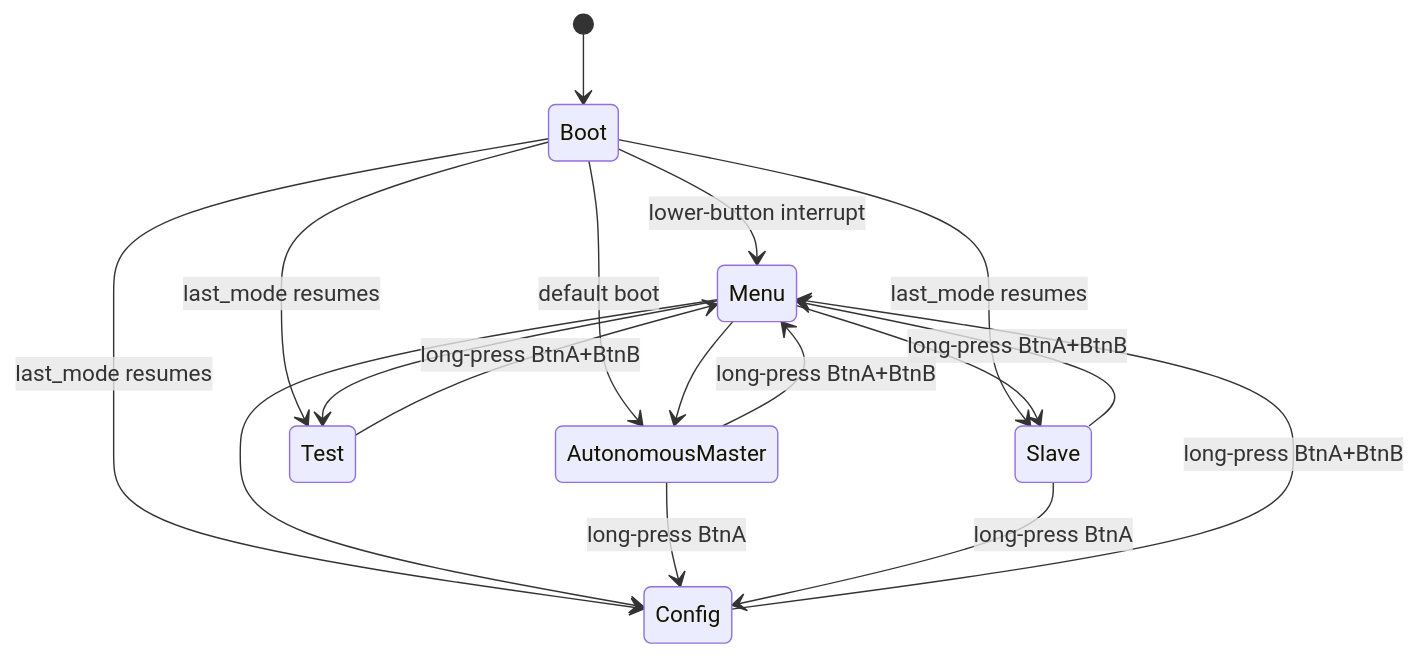
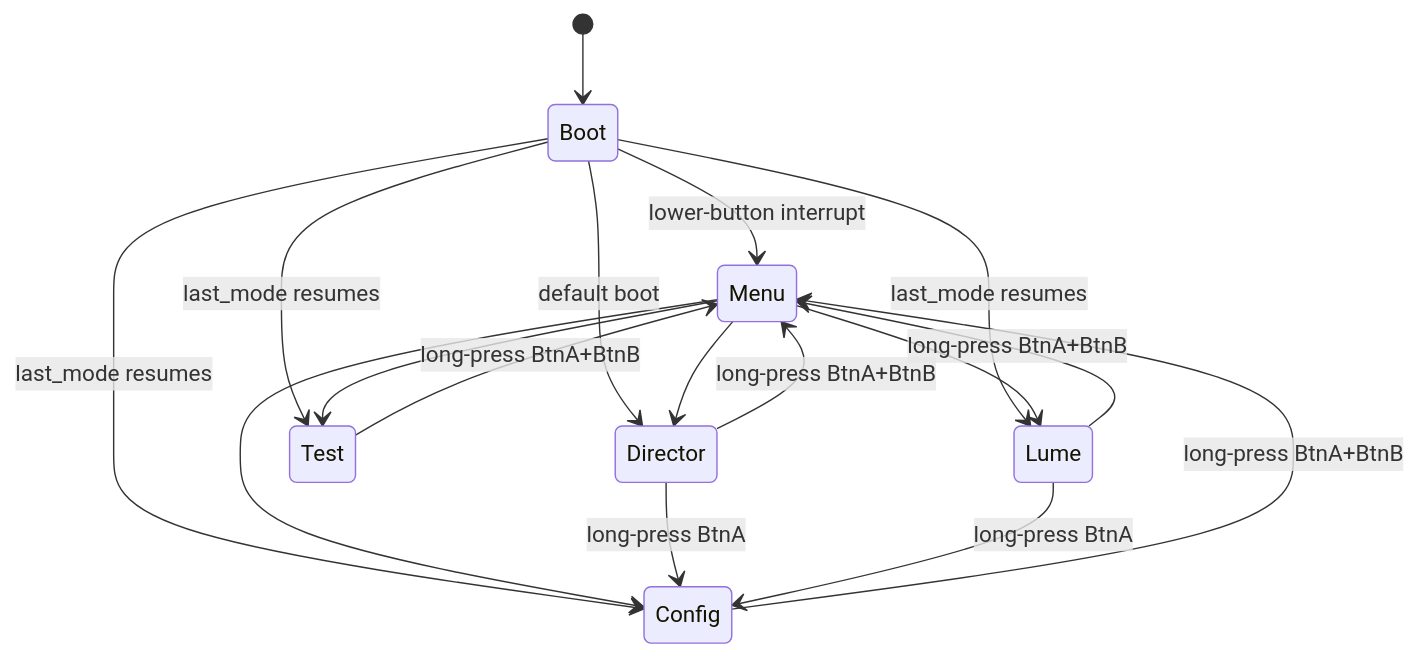
Before and after one commit to ratcliffej/nocturnation-stickc: the third of 8 diagrams in docs/manuals/flow-diagrams.md, drawn with Mermaid. The commit also changed other lines of this file and 14 other files, not shown here.

First line of the commit message:
Block 6: repo documentation aligned with Director/Lume

````diff
--- a/docs/manuals/flow-diagrams.md
+++ b/docs/manuals/flow-diagrams.md
@@ -95,22 +95,22 @@
 ```mermaid
 stateDiagram-v2
     [*] --> Boot
     Boot --> Menu: lower-button interrupt
-    Boot --> AutonomousMaster: default boot
-    Boot --> Slave: last_mode resumes
+    Boot --> Director: default boot
+    Boot --> Lume: last_mode resumes
     Boot --> Config: last_mode resumes
     Boot --> Test: last_mode resumes
 
-    Menu --> AutonomousMaster
-    Menu --> Slave
+    Menu --> Director
+    Menu --> Lume
     Menu --> Config
     Menu --> Test
 
-    AutonomousMaster --> Menu: long-press BtnA+BtnB
-    Slave --> Menu: long-press BtnA+BtnB
+    Director --> Menu: long-press BtnA+BtnB
+    Lume --> Menu: long-press BtnA+BtnB
     Config --> Menu: long-press BtnA+BtnB
     Test --> Menu: long-press BtnA+BtnB
 
-    AutonomousMaster --> Config: long-press BtnA
-    Slave --> Config: long-press BtnA
+    Director --> Config: long-press BtnA
+    Lume --> Config: long-press BtnA
 ```
````
